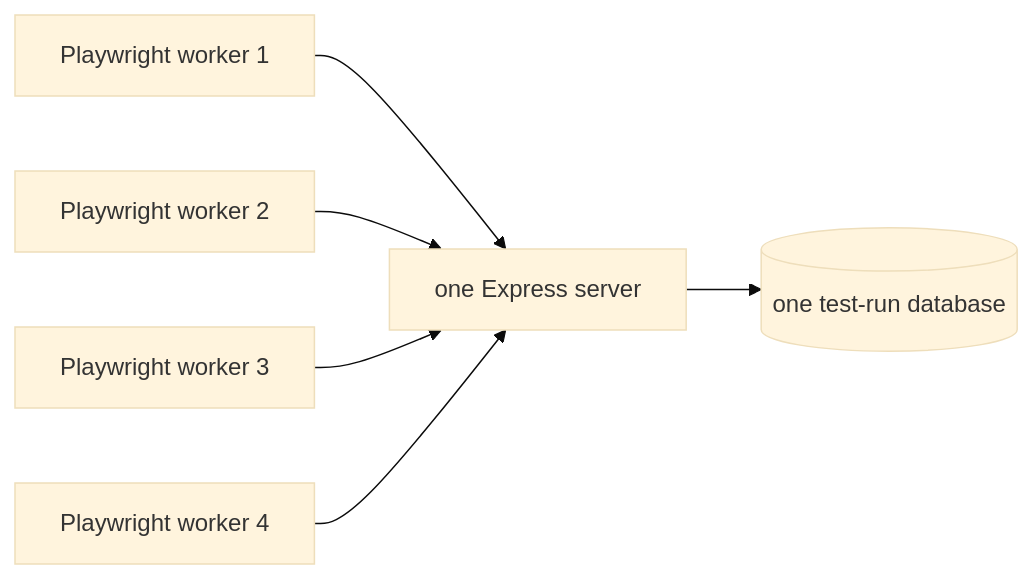
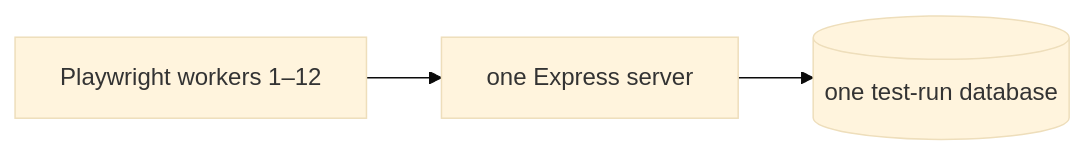
Before and after one commit to craigloewen-msft/AutoTaskCalendar: the diagram in docs/TESTING.md, drawn with Mermaid (base theme). The commit also changed other lines of this file and 4 other files, not shown here.

Commit message:
Use twelve Playwright workers by default

````diff
--- a/docs/TESTING.md
+++ b/docs/TESTING.md
@@ -79,8 +79,5 @@
 ```mermaid
 flowchart LR
-  A["Playwright worker 1"] --> E["one Express server"]
-  B["Playwright worker 2"] --> E
-  C["Playwright worker 3"] --> E
-  D["Playwright worker 4"] --> E
+  A["Playwright workers 1–12"] --> E["one Express server"]
   E --> F[("one test-run database")]
 ```
````
